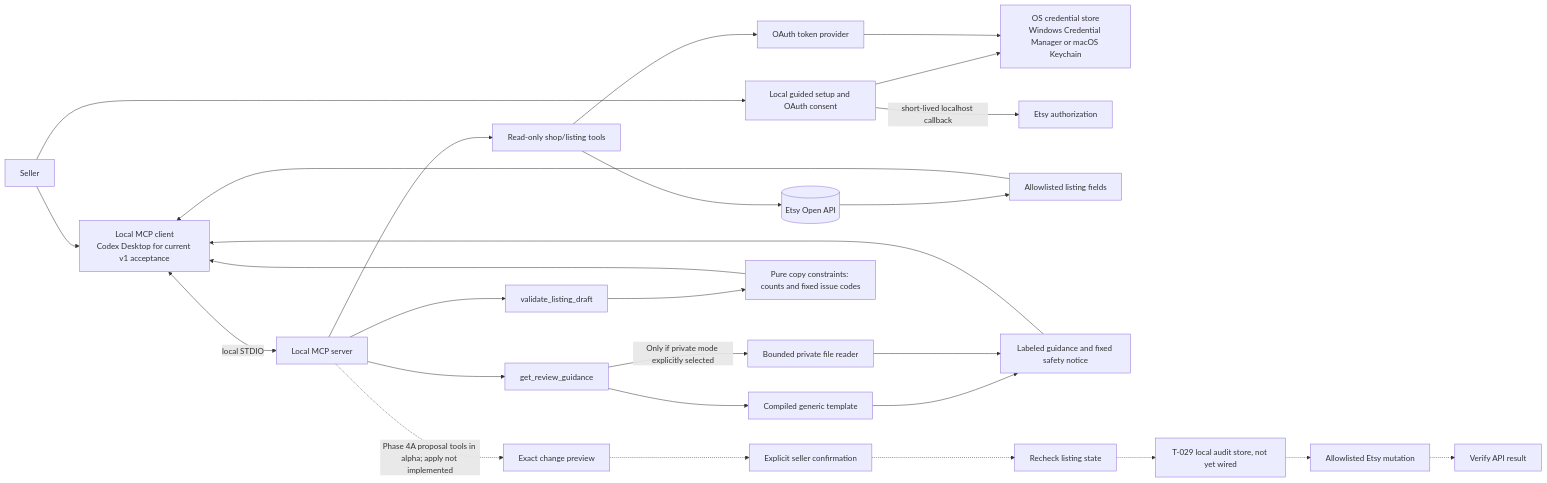
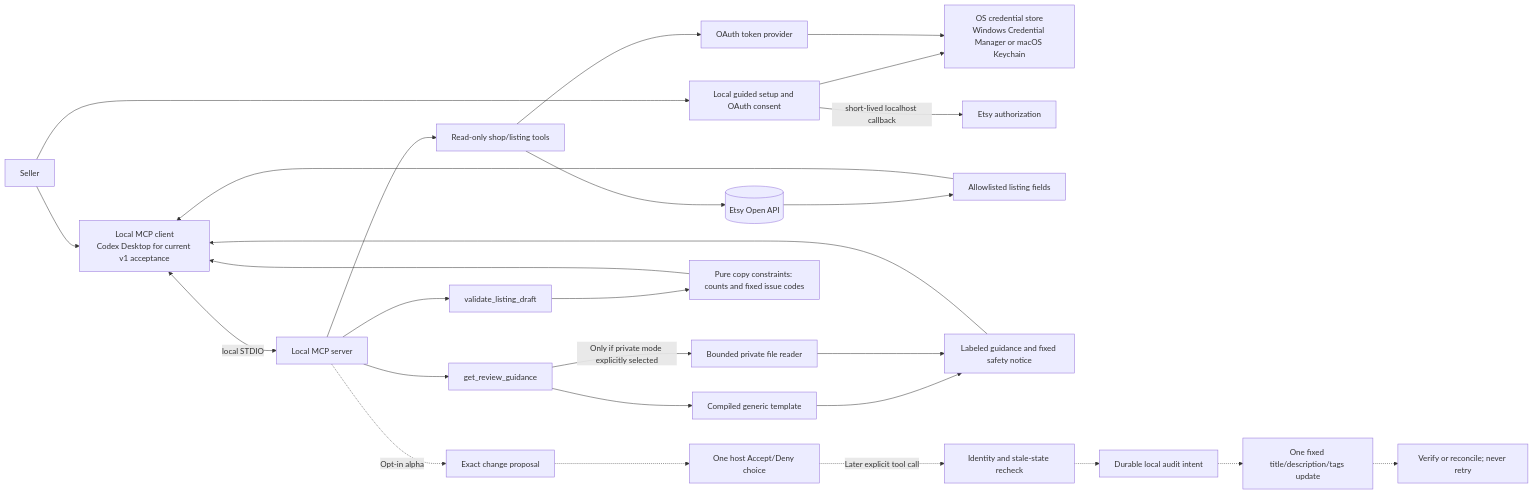
Before and after one commit to stevenfarmer/etsySellerAssistant: the second of 3 diagrams in docs/architecture.md, drawn with Mermaid. The commit also changed other lines of this file and 40 other files, not shown here.

Commit message:
feat: add guarded listing apply workflow

````diff
--- a/docs/architecture.md
+++ b/docs/architecture.md
@@ -37,29 +37,29 @@
 ```mermaid
 flowchart LR
   seller[Seller] --> setup[Local guided setup and OAuth consent]
   setup --> store[OS credential store<br/>Windows Credential Manager or macOS Keychain]
   setup -->|short-lived localhost callback| etsyAuth[Etsy authorization]
   seller --> client[Local MCP client<br/>Codex Desktop for current v1 acceptance]
   client <-->|local STDIO| mcp[Local MCP server]
   mcp --> readTools[Read-only shop/listing tools]
   readTools --> oauth[OAuth token provider]
   oauth --> store
   readTools --> api[(Etsy Open API)]
   api --> allowlist[Allowlisted listing fields]
   allowlist --> client
   mcp --> guidance[get_review_guidance]
   guidance --> generic[Compiled generic template]
   guidance -->|Only if private mode explicitly selected| private[Bounded private file reader]
   generic --> labeled[Labeled guidance and fixed safety notice]
   private --> labeled
   labeled --> client
   mcp --> preflight[validate_listing_draft]
   preflight --> checks[Pure copy constraints: counts and fixed issue codes]
   checks --> client
-  mcp -. "Phase 4A proposal tools in alpha; apply not implemented" .-> preview[Exact change preview]
-  preview -.-> confirm[Explicit seller confirmation]
-  confirm -.-> stale[Recheck listing state]
-  stale -.-> audit[T-029 local audit store, not yet wired]
-  audit -.-> write[Allowlisted Etsy mutation]
-  write -.-> verify[Verify API result]
+  mcp -. "Opt-in alpha" .-> preview[Exact change proposal]
+  preview -.-> confirm[One host Accept/Deny choice]
+  confirm -. "Later explicit tool call" .-> stale[Identity and stale-state recheck]
+  stale -.-> audit[Durable local audit intent]
+  audit -.-> write[One fixed title/description/tags update]
+  write -.-> verify[Verify or reconcile; never retry]
 ```
````
